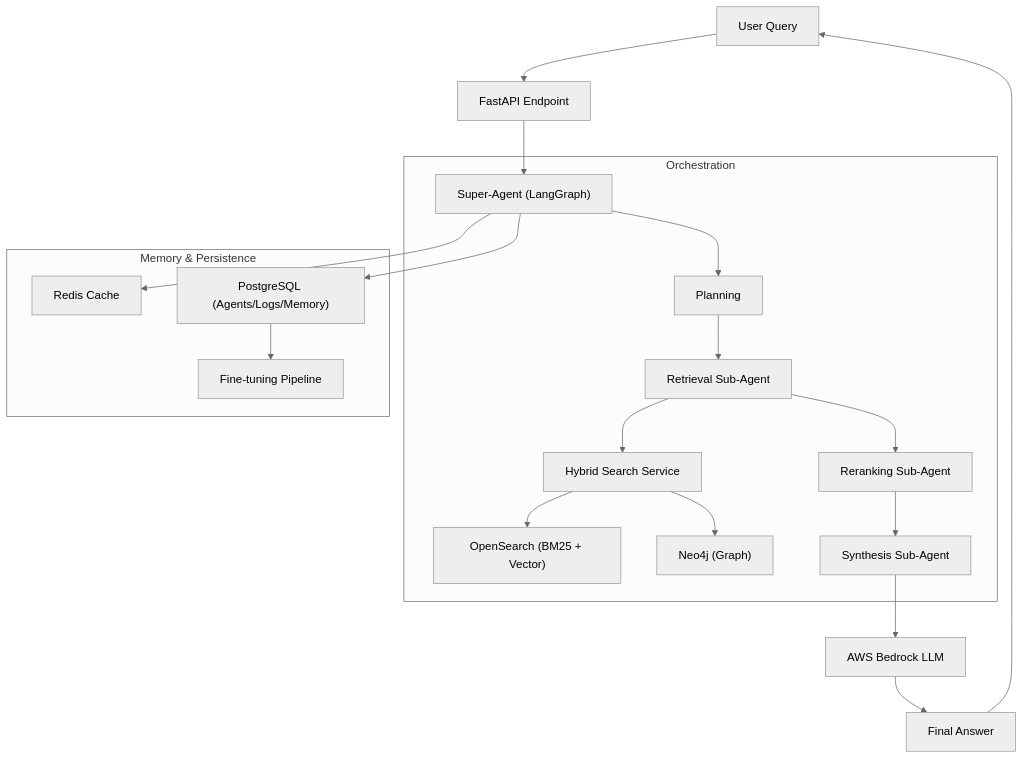
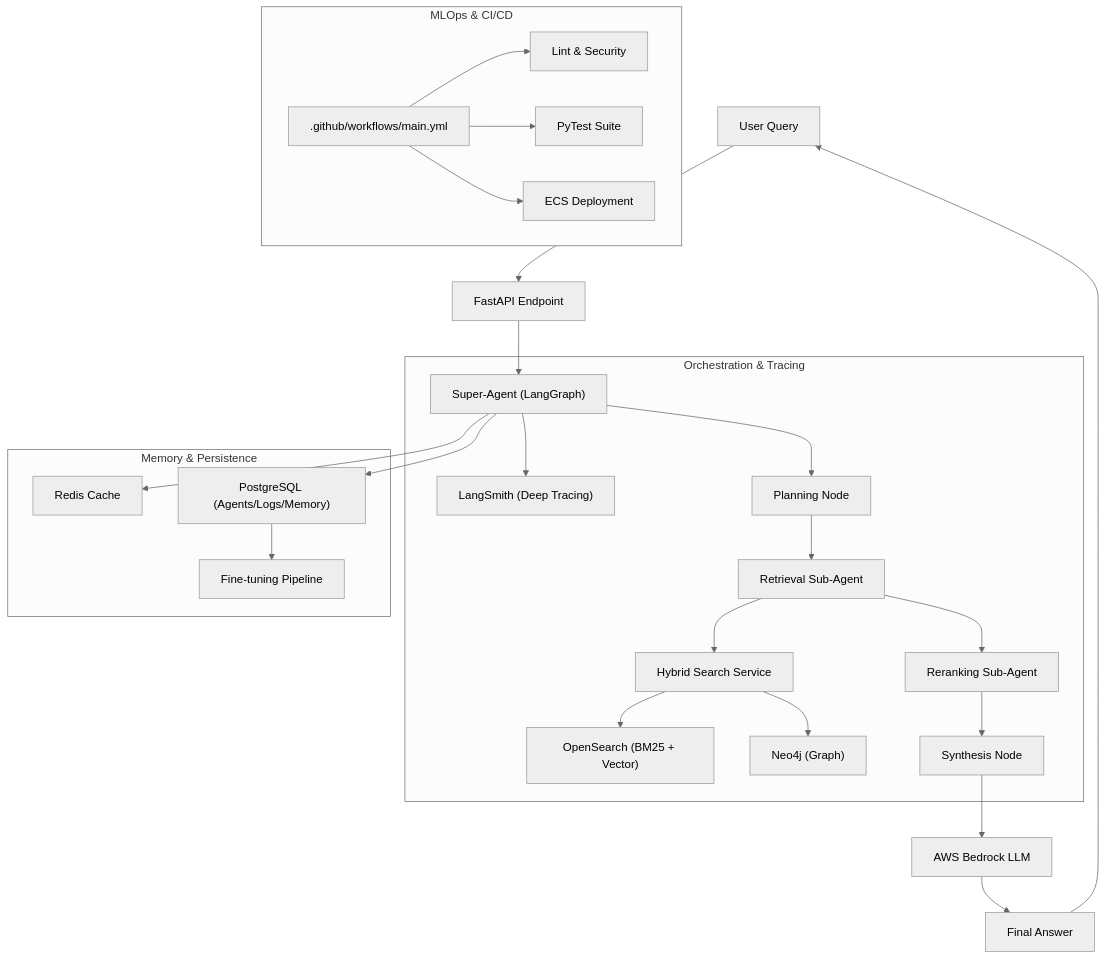
The diagram in architecture.md (rahulbadhan2008/Agents), drawn with Mermaid (neutral theme) before and after one commit. The commit also changed other lines of this file and 6 other files, not shown here.

````diff
--- a/architecture.md
+++ b/architecture.md
@@ -3,27 +1,35 @@
 ```mermaid
 graph TD
     User["User Query"] --> API["FastAPI Endpoint"]
     API --> SuperAgent["Super-Agent (LangGraph)"]
     
-    subgraph "Orchestration"
-        SuperAgent --> Plan["Planning"]
+    subgraph "Orchestration & Tracing"
+        SuperAgent --> LS["LangSmith (Deep Tracing)"]
+        SuperAgent --> Plan["Planning Node"]
         Plan --> RetrievalAgent["Retrieval Sub-Agent"]
         RetrievalAgent --> LocalSearch["Hybrid Search Service"]
         LocalSearch --> OS["OpenSearch (BM25 + Vector)"]
         LocalSearch --> Neo4j["Neo4j (Graph)"]
         
         RetrievalAgent --> Rerank["Reranking Sub-Agent"]
-        Rerank --> Synthesize["Synthesis Sub-Agent"]
+        Rerank --> Synthesize["Synthesis Node"]
     end
     
     Synthesize --> Bedrock["AWS Bedrock LLM"]
     Bedrock --> Response["Final Answer"]
+    
+    subgraph "MLOps & CI/CD"
+        MainJob[".github/workflows/main.yml"]
+        MainJob --> Lint["Lint & Security"]
+        MainJob --> Test["PyTest Suite"]
+        MainJob --> Deploy["ECS Deployment"]
+    end
     
     subgraph "Memory & Persistence"
         SuperAgent --> Cache["Redis Cache"]
         SuperAgent --> DB["PostgreSQL (Agents/Logs/Memory)"]
         DB --> FineTune["Fine-tuning Pipeline"]
     end
     
     Response --> User
 ```
````
